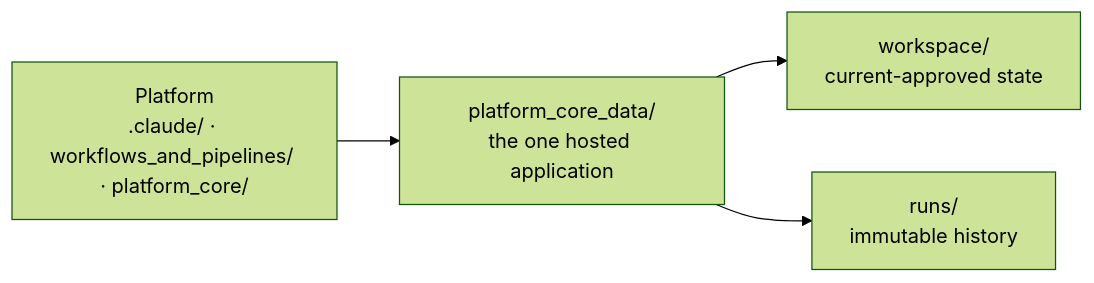
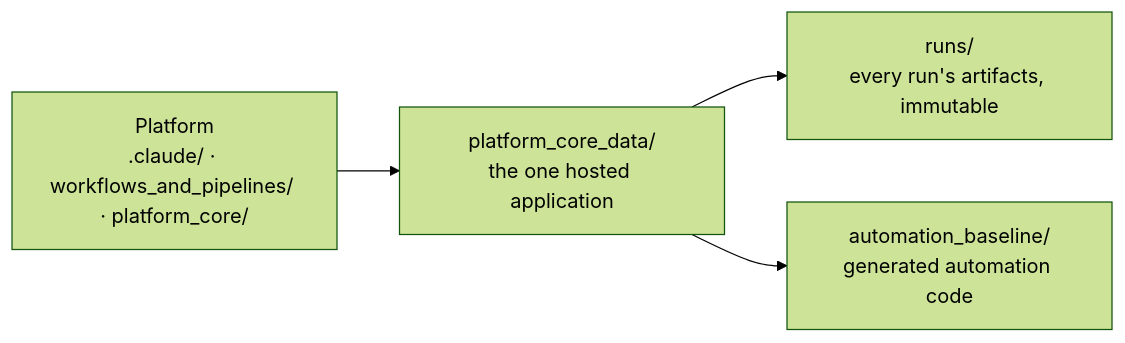
Before and after one commit to HusseinAtaHussein1/AISeatMap: the fourth of 5 diagrams in docs/README.md, drawn with Mermaid (forest theme). The commit also changed other lines of this file and 11 other files, not shown here.

First line of the commit message:
docs: reconcile every README and the User Guide with the code

````diff
--- a/docs/README.md
+++ b/docs/README.md
@@ -266,15 +271,15 @@
 ```mermaid
 flowchart LR
 
 Platform["Platform<br/>.claude/ · workflows_and_pipelines/ · platform_core/"]
 
 Data["platform_core_data/<br/>the one hosted application"]
 
-Work["workspace/<br/>current-approved state"]
+Runs["runs/<br/>every run's artifacts, immutable"]
 
-Runs["runs/<br/>immutable history"]
+Baseline["automation_baseline/<br/>generated automation code"]
 
 Platform --> Data
-Data --> Work
 Data --> Runs
+Data --> Baseline
 ```
````
